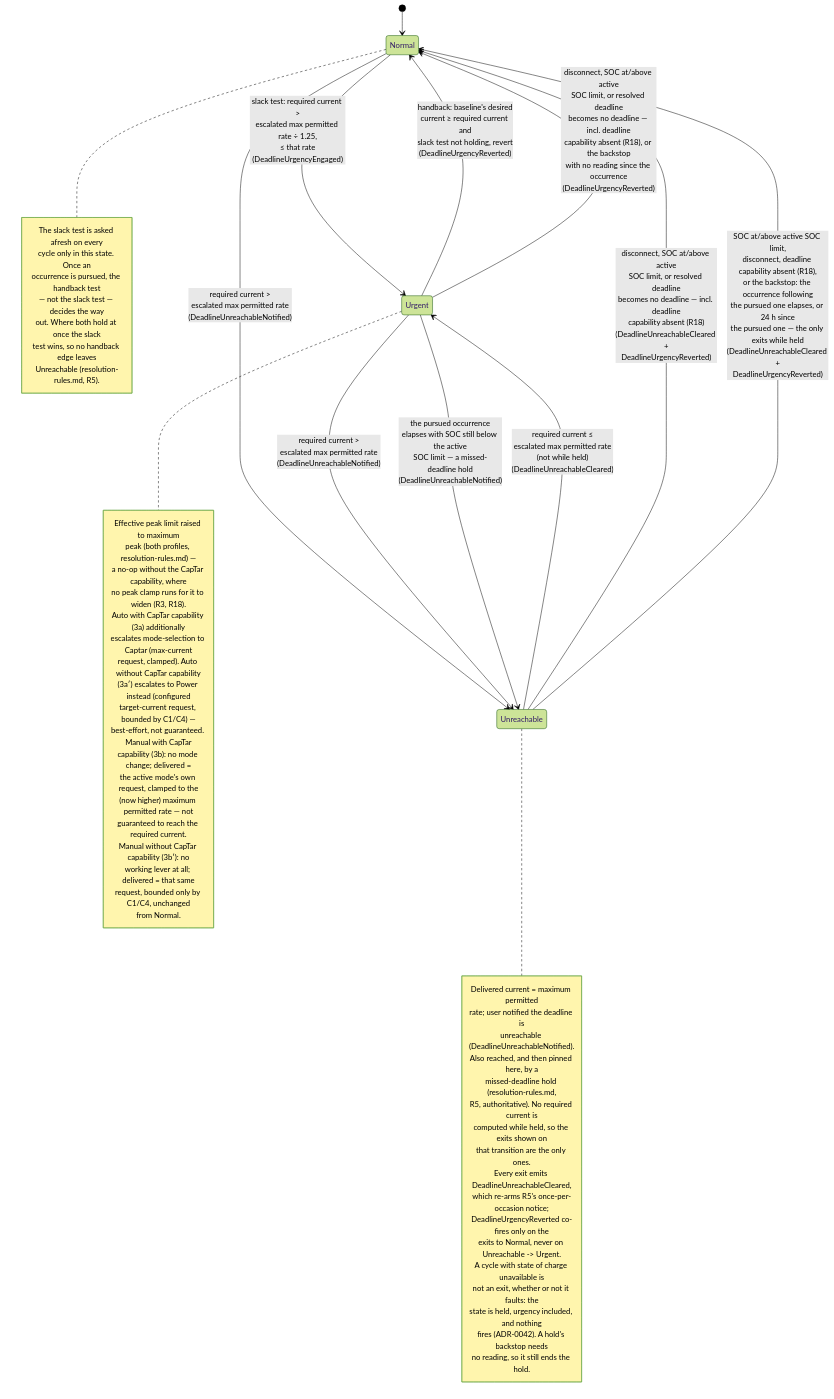
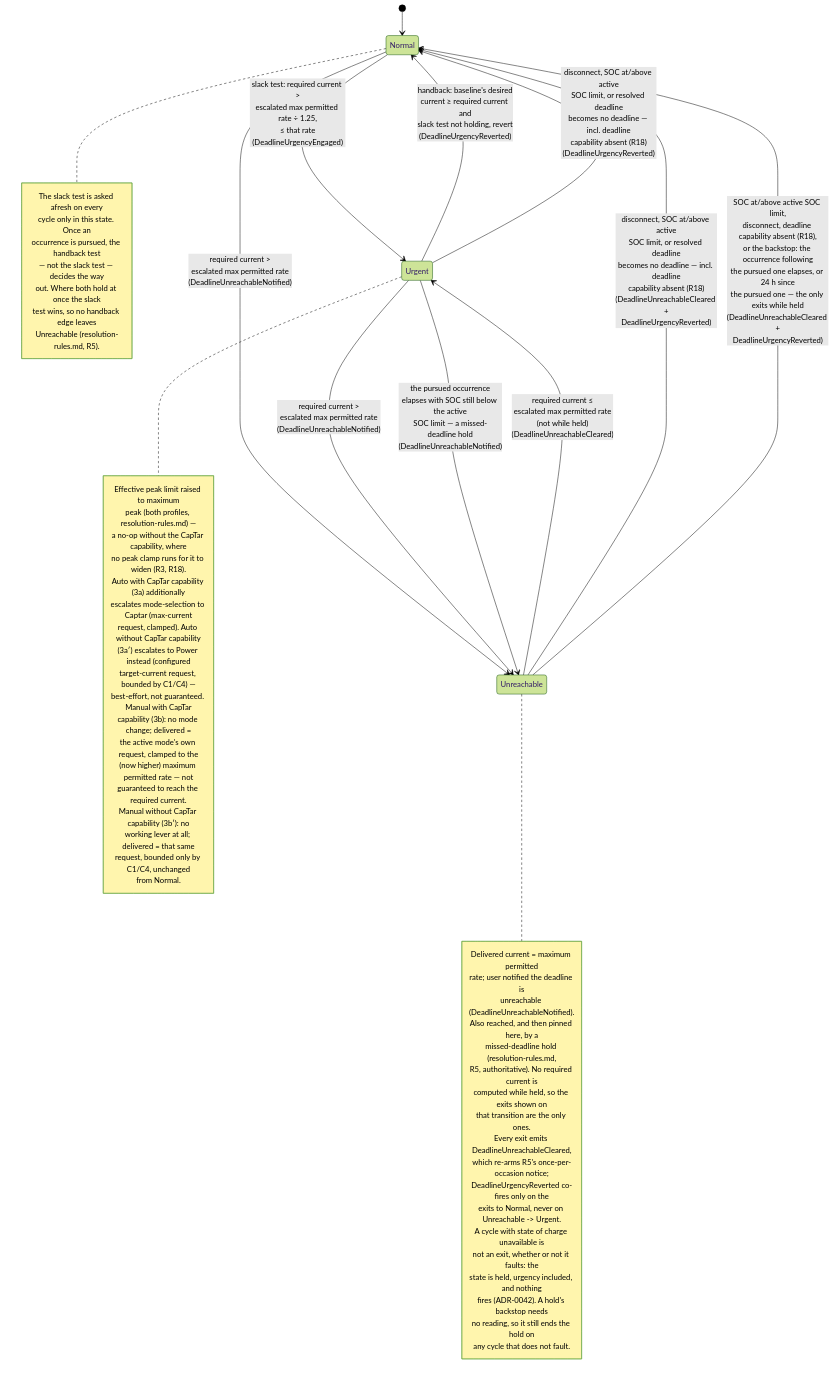
Before and after one commit to kristofdegrave/homeassistant-smart-charging: the diagram in docs/analysis/use-cases/UC05-guarantee-ready-by-departure.md, drawn with Mermaid (forest theme). The commit also changed other lines of this file, not shown here.

````diff
--- a/docs/analysis/use-cases/UC05-guarantee-ready-by-departure.md
+++ b/docs/analysis/use-cases/UC05-guarantee-ready-by-departure.md
@@ -113,61 +113,62 @@
 ```mermaid
 stateDiagram-v2
     [*] --> Normal
     Normal --> Urgent: slack test: required current ><br/>escalated max permitted rate ÷ 1.25,<br/>≤ that rate<br/>(DeadlineUrgencyEngaged)
     Normal --> Unreachable: required current ><br/>escalated max permitted rate<br/>(DeadlineUnreachableNotified)
     Urgent --> Normal: handback: baseline's desired<br/>current ≥ required current and<br/>slack test not holding, revert<br/>(DeadlineUrgencyReverted)
     Urgent --> Unreachable: required current ><br/>escalated max permitted rate<br/>(DeadlineUnreachableNotified)
     Urgent --> Unreachable: the pursued occurrence<br/>elapses with SOC still below the active<br/>SOC limit — a missed-deadline hold<br/>(DeadlineUnreachableNotified)
-    Urgent --> Normal: disconnect, SOC at/above active<br/>SOC limit, or resolved deadline<br/>becomes no deadline — incl. deadline<br/>capability absent (R18), or the backstop<br/>with no reading since the occurrence<br/>(DeadlineUrgencyReverted)
+    Urgent --> Normal: disconnect, SOC at/above active<br/>SOC limit, or resolved deadline<br/>becomes no deadline — incl. deadline<br/>capability absent (R18)<br/>(DeadlineUrgencyReverted)
     Unreachable --> Urgent: required current ≤<br/>escalated max permitted rate<br/>(not while held)<br/>(DeadlineUnreachableCleared)
     Unreachable --> Normal: disconnect, SOC at/above active<br/>SOC limit, or resolved deadline<br/>becomes no deadline — incl. deadline<br/>capability absent (R18)<br/>(DeadlineUnreachableCleared +<br/>DeadlineUrgencyReverted)
     Unreachable --> Normal: SOC at/above active SOC limit,<br/>disconnect, deadline capability absent (R18),<br/>or the backstop: the occurrence following<br/>the pursued one elapses, or 24 h since<br/>the pursued one — the only exits while held<br/>(DeadlineUnreachableCleared +<br/>DeadlineUrgencyReverted)
     note right of Normal
         The slack test is asked afresh on every
         cycle only in this state. Once an
         occurrence is pursued, the handback test
         — not the slack test — decides the way
         out. Where both hold at once the slack
         test wins, so no handback edge leaves
         Unreachable (resolution-rules.md, R5).
     end note
     note right of Urgent
         Effective peak limit raised to maximum
         peak (both profiles, resolution-rules.md) —
         a no-op without the CapTar capability, where
         no peak clamp runs for it to widen (R3, R18).
         Auto with CapTar capability (3a) additionally
         escalates mode-selection to Captar (max-current
         request, clamped). Auto without CapTar capability
         (3a′) escalates to Power instead (configured
         target-current request, bounded by C1/C4) —
         best-effort, not guaranteed. Manual with CapTar
         capability (3b): no mode change; delivered =
         the active mode's own request, clamped to the
         (now higher) maximum permitted rate — not
         guaranteed to reach the required current.
         Manual without CapTar capability (3b′): no
         working lever at all; delivered = that same
         request, bounded only by C1/C4, unchanged
         from Normal.
     end note
     note right of Unreachable
         Delivered current = maximum permitted
         rate; user notified the deadline is
         unreachable (DeadlineUnreachableNotified).
         Also reached, and then pinned here, by a
         missed-deadline hold (resolution-rules.md,
         R5, authoritative). No required current is
         computed while held, so the exits shown on
         that transition are the only ones.
         Every exit emits DeadlineUnreachableCleared,
         which re-arms R5's once-per-occasion notice;
         DeadlineUrgencyReverted co-fires only on the
         exits to Normal, never on Unreachable -> Urgent.
         A cycle with state of charge unavailable is
         not an exit, whether or not it faults: the
         state is held, urgency included, and nothing
         fires (ADR-0042). A hold's backstop needs
-        no reading, so it still ends the hold.
+        no reading, so it still ends the hold on
+        any cycle that does not fault.
     end note
 ```
````
